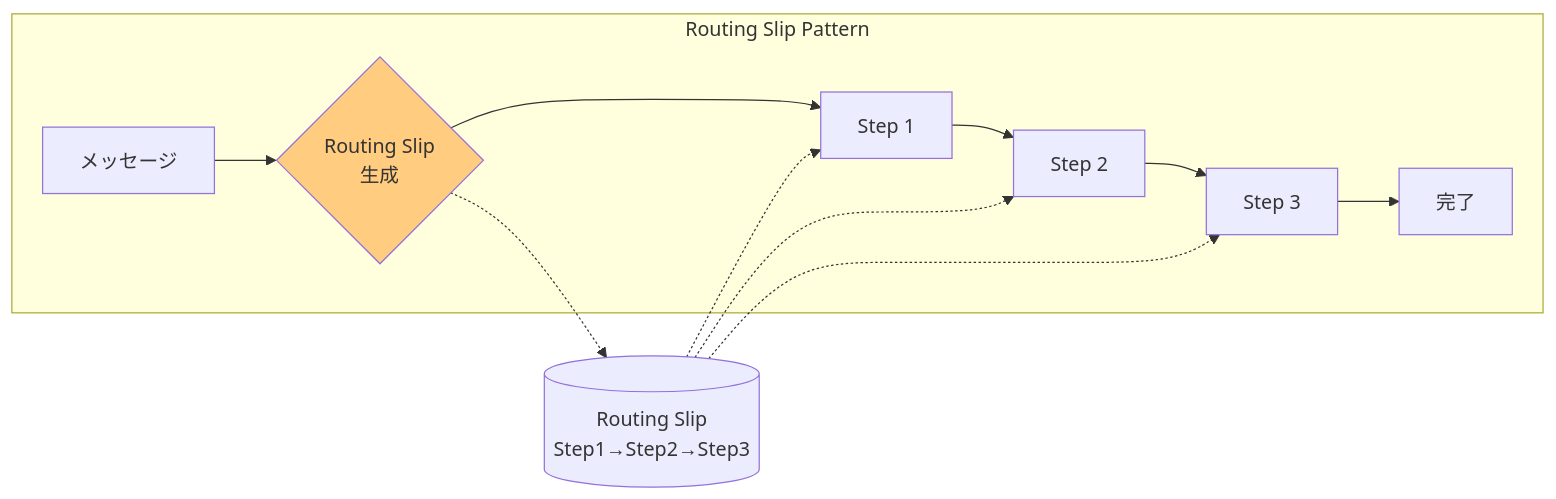
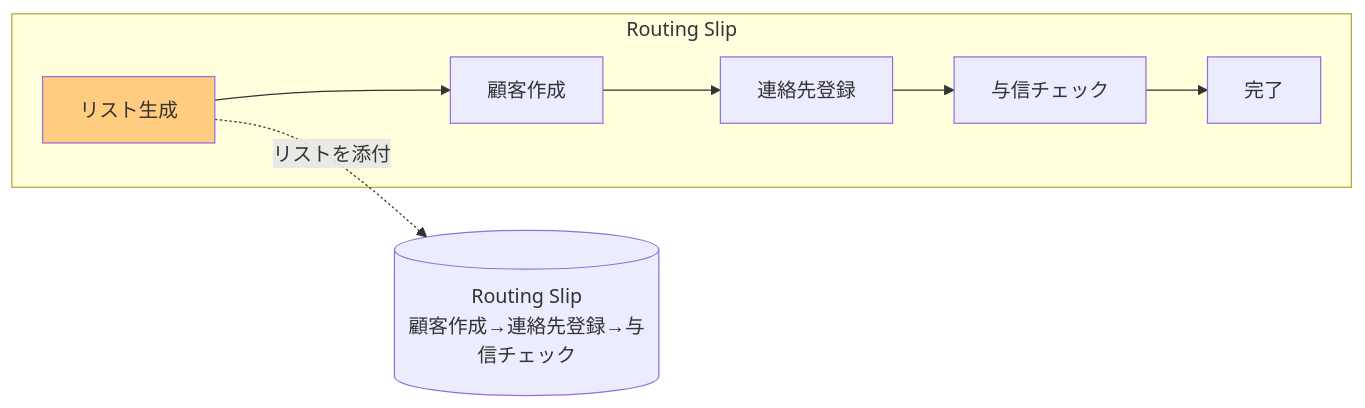
Before and after one commit to tomoikey/quartz: the third of 6 diagrams in content/programming/reactive_messaging_pattern/composed-routers/routing_slip.md, drawn with Mermaid. The commit also changed other lines of this file and 18 other files, not shown here.

````diff
--- a/content/programming/reactive_messaging_pattern/composed-routers/routing_slip.md
+++ b/content/programming/reactive_messaging_pattern/composed-routers/routing_slip.md
@@ -33,18 +72,14 @@
 ```mermaid
 graph LR
-    subgraph "Routing Slip Pattern"
-        IN[メッセージ] --> RS{Routing Slip<br/>生成}
-        RS --> S1[Step 1]
-        S1 --> S2[Step 2]
-        S2 --> S3[Step 3]
+    subgraph "Routing Slip"
+        GEN[リスト生成] --> S1[顧客作成]
+        S1 --> S2[連絡先登録]
+        S2 --> S3[与信チェック]
         S3 --> OUT[完了]
     end
 
-    SLIP[(Routing Slip<br/>Step1→Step2→Step3)]
-    RS -.-> SLIP
-    SLIP -.-> S1
-    SLIP -.-> S2
-    SLIP -.-> S3
+    SLIP[(Routing Slip<br/>顧客作成→連絡先登録→与信チェック)]
+    GEN -.->|リストを添付| SLIP
 
-    style RS fill:#ffcc80
+    style GEN fill:#ffcc80
 ```
````
